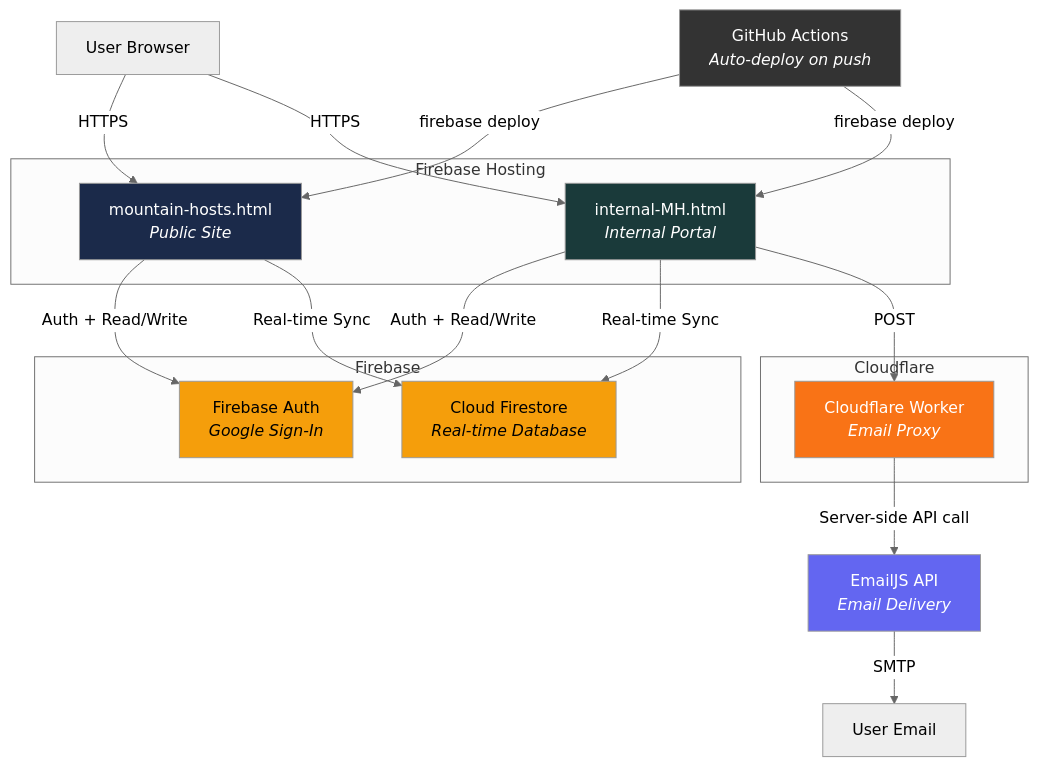
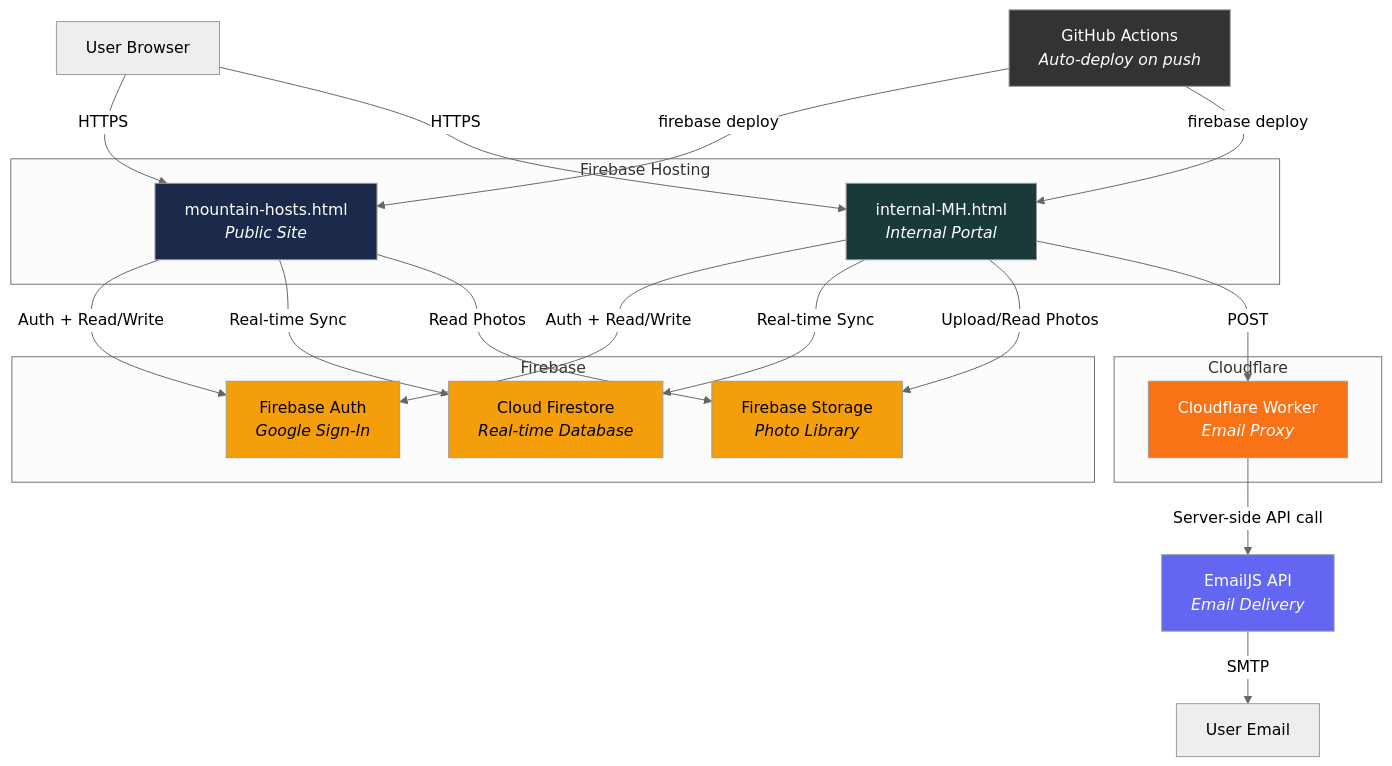
The first of 8 diagrams in ARCHITECTURE.md (MountainsToGo/bbhosts), drawn with Mermaid (neutral theme) before and after one commit. The commit also changed other lines of this file and 5 other files, not shown here.

First line of the commit message:
Add photo library with Firebase Storage

````diff
--- a/ARCHITECTURE.md
+++ b/ARCHITECTURE.md
@@ -7,40 +7,44 @@
 ```mermaid
 graph TB
     subgraph "Firebase Hosting"
         PUB["mountain-hosts.html<br/><i>Public Site</i>"]
         INT["internal-MH.html<br/><i>Internal Portal</i>"]
     end
 
     subgraph "Firebase"
         AUTH["Firebase Auth<br/><i>Google Sign-In</i>"]
         FS["Cloud Firestore<br/><i>Real-time Database</i>"]
+        STOR["Firebase Storage<br/><i>Photo Library</i>"]
     end
 
     subgraph "Cloudflare"
         WORKER["Cloudflare Worker<br/><i>Email Proxy</i>"]
     end
 
     EMAILJS["EmailJS API<br/><i>Email Delivery</i>"]
     BROWSER["User Browser"]
     GH["GitHub Actions<br/><i>Auto-deploy on push</i>"]
 
     BROWSER -->|HTTPS| PUB
     BROWSER -->|HTTPS| INT
     PUB -->|Auth + Read/Write| AUTH
     PUB -->|Real-time Sync| FS
+    PUB -->|Read Photos| STOR
     INT -->|Auth + Read/Write| AUTH
     INT -->|Real-time Sync| FS
+    INT -->|Upload/Read Photos| STOR
     INT -->|POST| WORKER
     WORKER -->|Server-side API call| EMAILJS
     EMAILJS -->|SMTP| EMAIL["User Email"]
     GH -->|firebase deploy| PUB
     GH -->|firebase deploy| INT
 
     style PUB fill:#1b2a4a,color:#fff
     style INT fill:#1a3a3a,color:#fff
     style AUTH fill:#f59e0b,color:#000
     style FS fill:#f59e0b,color:#000
+    style STOR fill:#f59e0b,color:#000
     style WORKER fill:#f97316,color:#fff
     style EMAILJS fill:#6366f1,color:#fff
     style GH fill:#333,color:#fff
 ```
````
